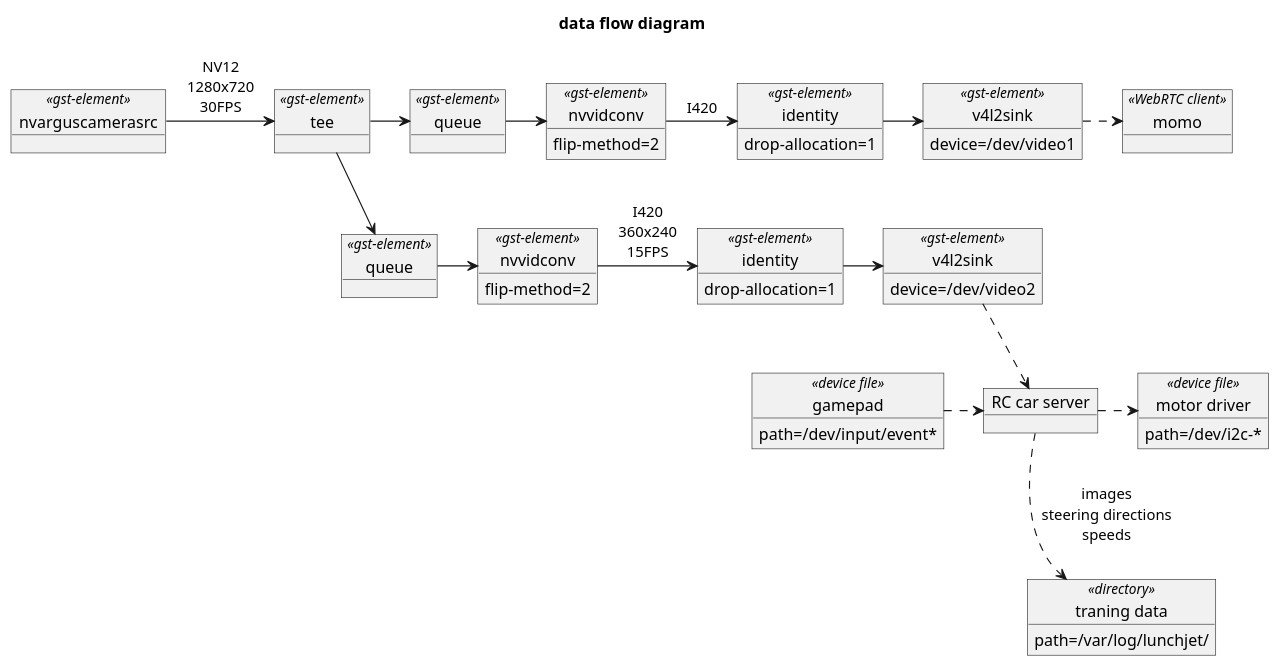
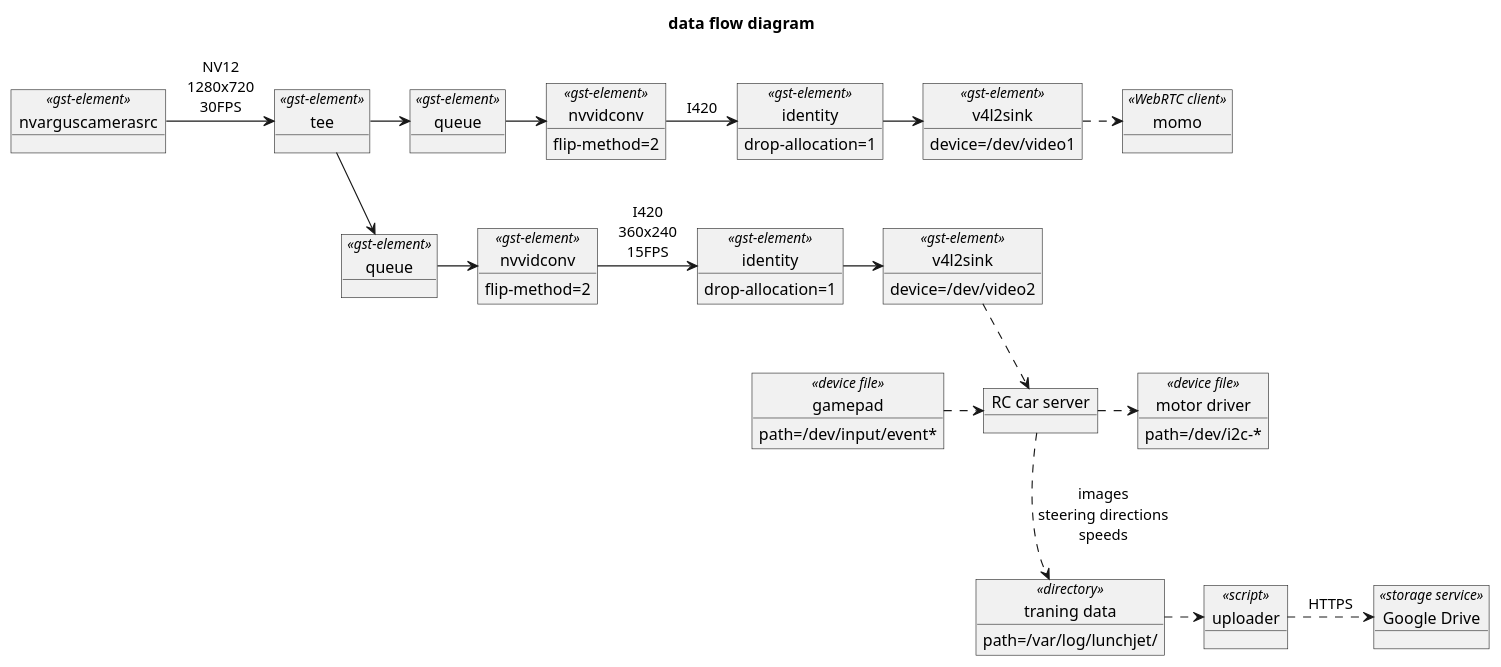
Before and after one commit to kimito/lunchjet: the diagram in doc/dataflow.puml, drawn with PlantUML. The commit also changed 1 other file, not shown here.

```diff
--- a/doc/dataflow.puml
+++ b/doc/dataflow.puml
@@ -1,65 +1,71 @@
 @startuml
 title data flow diagram
 
 object nvarguscamerasrc <<gst-element>>
 object tee <<gst-element>>
 
 nvarguscamerasrc -> tee : NV12\n1280x720\n30FPS
 
 object "queue" as q1 <<gst-element>>
 
 object "nvvidconv" as nvv1 <<gst-element>> {
     flip-method=2
 }
 object "identity" as id1 <<gst-element>> {
     drop-allocation=1
 }
 object "v4l2sink" as vsink1 <<gst-element>> {
     device=/dev/video1
 }
 object momo <<WebRTC client>>
 
 tee -> q1
 q1 -> nvv1
 nvv1 -> id1 : I420
 id1 -> vsink1
 vsink1 .> momo
 
 object "queue" as q2 <<gst-element>>
 
 object "nvvidconv" as nvv2 <<gst-element>> {
     flip-method=2
 }
 object "identity" as id2 <<gst-element>> {
     drop-allocation=1
 }
 object "v4l2sink" as vsink2 <<gst-element>> {
     device=/dev/video2
 }
 
 tee -> q2
 q2 -> nvv2
 nvv2 -> id2 : I420\n360x240\n15FPS
 id2 -> vsink2
 
 q1 -[hidden]- q2
 
 
 object "gamepad" as controller <<device file>> {
     path=/dev/input/event*
 }
 object "motor driver" as driver <<device file>> {
     path=/dev/i2c-*
 }
 object "RC car server" as server
 object "traning data" as train_data <<directory>> {
     path=/var/log/lunchjet/
 }
 vsink2 .> server
 controller .> server
 server .> driver
 server .> train_data : images\nsteering directions\nspeeds
 
 vsink2 -[hidden]- controller
 driver -[hidden]- train_data
+
+object uploader <<script>>
+object "Google Drive" as gdrive <<storage service>>
+train_data .> uploader
+uploader .> gdrive : HTTPS
+driver -[hidden] uploader
 @enduml
```
